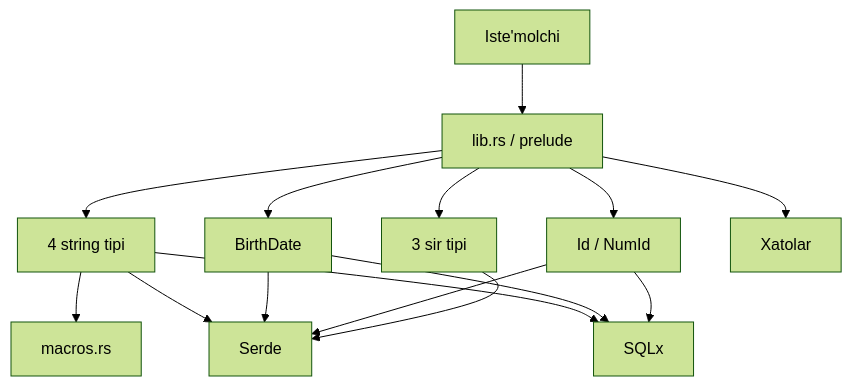
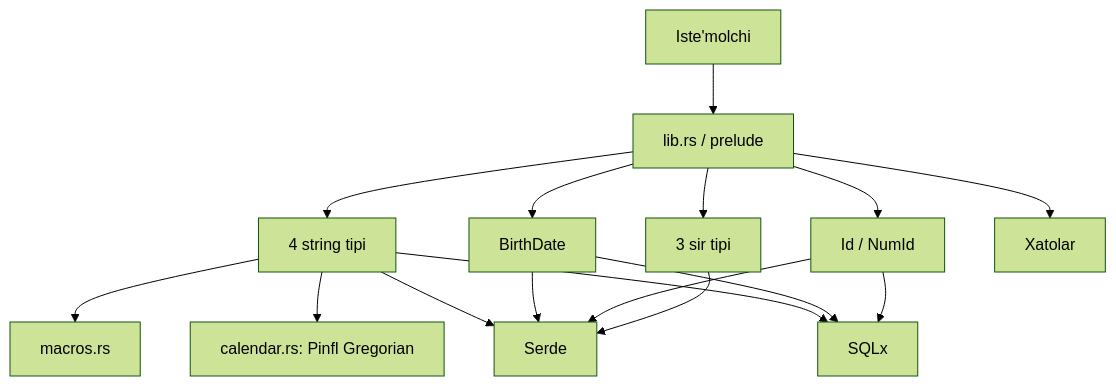
One commit to diordev/uz-types changed the second of 2 diagrams in docs/architecture.md. Above: the diagram before and after it, drawn with Mermaid (forest theme). The commit also changed other lines of this file and 40 other files, not shown here.

````diff
--- a/docs/architecture.md
+++ b/docs/architecture.md
@@ -155,17 +157,18 @@
 ```mermaid
 graph TD
     A["Iste'molchi"] --> B["lib.rs / prelude"]
     B --> C["4 string tipi"]
     B --> D["BirthDate"]
     B --> E["Id / NumId"]
     B --> F["3 sir tipi"]
     B --> G["Xatolar"]
     C --> H["macros.rs"]
+    C --> K["calendar.rs: Pinfl Gregorian"]
     C --> I["Serde"]
     D --> I
     E --> I
     F --> I
     C --> J["SQLx"]
     D --> J
     E --> J
 ```
````
